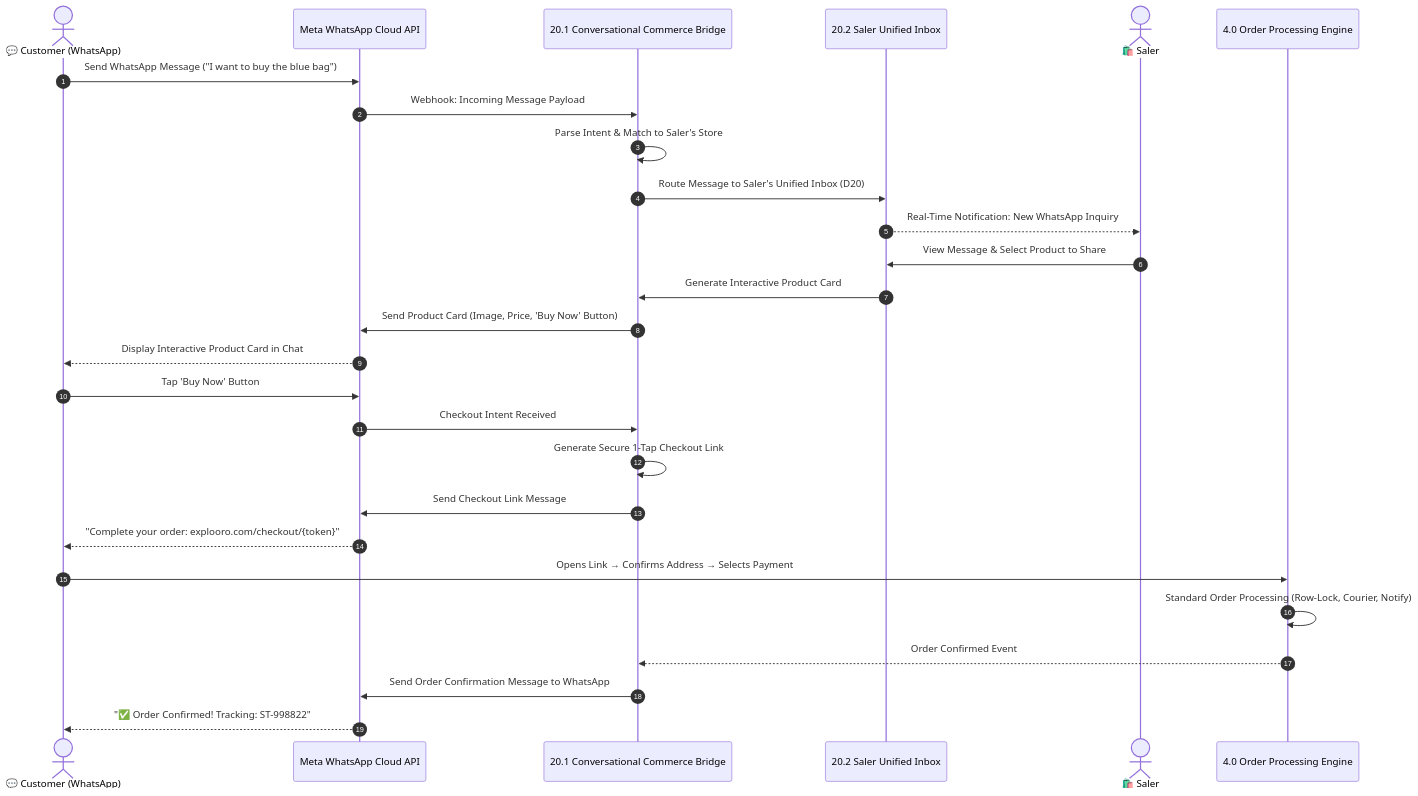
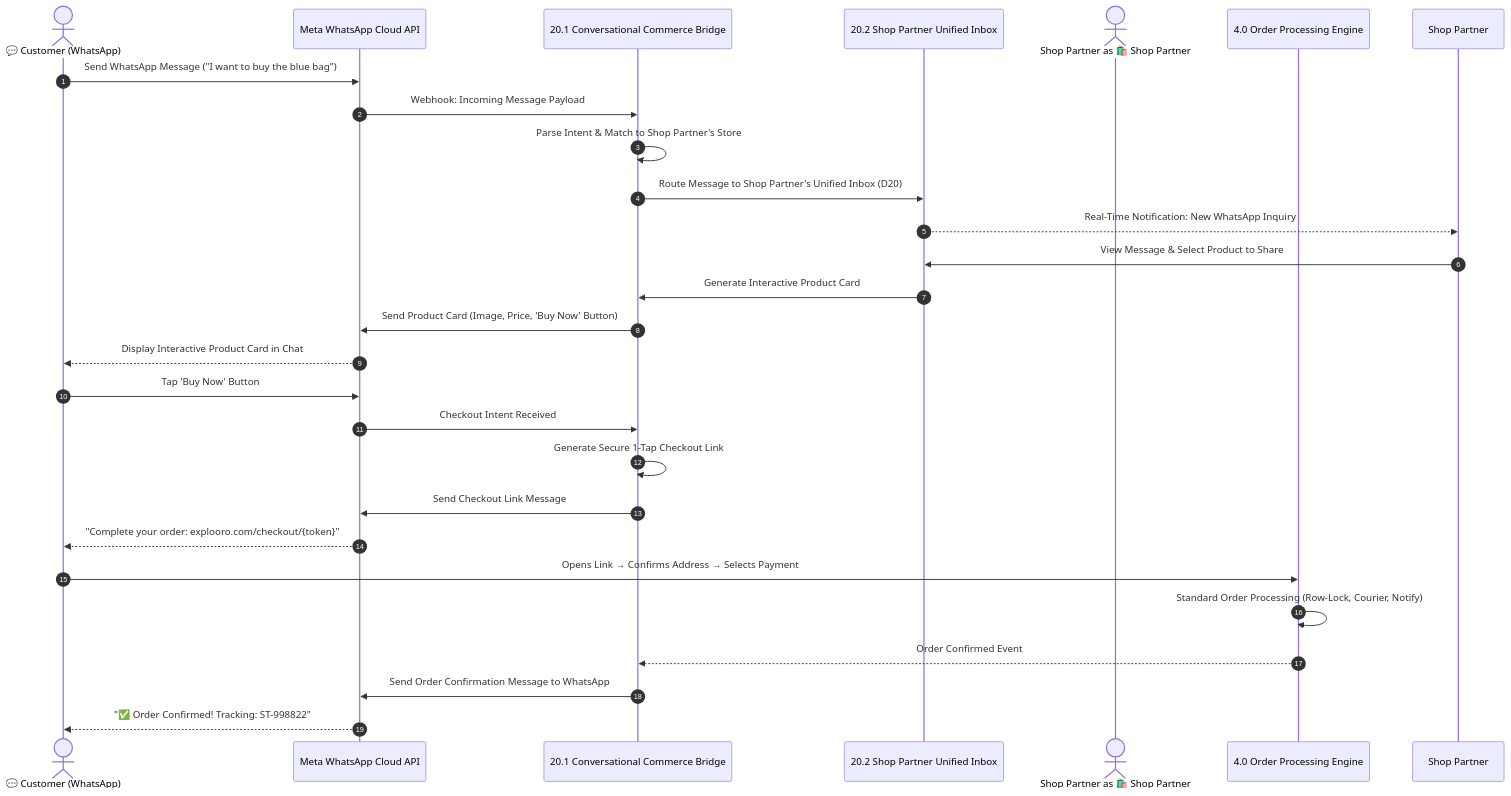
Diagram 18 of 18 in docs/DFD.md (ashrafulta2/Explooro), drawn with Mermaid before and after one commit. The commit also changed other lines of this file and 325 other files, not shown here.

First line of the commit message:
refactor: rename "Saler" and "Seller" to "Shop Partner" in all display text

````diff
--- a/docs/DFD.md
+++ b/docs/DFD.md
@@ -715,33 +715,33 @@
 ```mermaid
 sequenceDiagram
     autonumber
     actor BuyerWA as 💬 Customer (WhatsApp)
     participant MetaAPI as Meta WhatsApp Cloud API
     participant Bridge as 20.1 Conversational Commerce Bridge
-    participant Inbox as 20.2 Saler Unified Inbox
-    actor Saler as 🛍️ Saler
+    participant Inbox as 20.2 Shop Partner Unified Inbox
+    actor Shop Partner as 🛍️ Shop Partner
     participant OrderEngine as 4.0 Order Processing Engine
 
     BuyerWA->>MetaAPI: Send WhatsApp Message ("I want to buy the blue bag")
     MetaAPI->>Bridge: Webhook: Incoming Message Payload
-    Bridge->>Bridge: Parse Intent & Match to Saler's Store
-    Bridge->>Inbox: Route Message to Saler's Unified Inbox (D20)
-    Inbox-->>Saler: Real-Time Notification: New WhatsApp Inquiry
+    Bridge->>Bridge: Parse Intent & Match to Shop Partner's Store
+    Bridge->>Inbox: Route Message to Shop Partner's Unified Inbox (D20)
+    Inbox-->>Shop Partner: Real-Time Notification: New WhatsApp Inquiry
 
-    Saler->>Inbox: View Message & Select Product to Share
+    Shop Partner->>Inbox: View Message & Select Product to Share
     Inbox->>Bridge: Generate Interactive Product Card
     Bridge->>MetaAPI: Send Product Card (Image, Price, 'Buy Now' Button)
     MetaAPI-->>BuyerWA: Display Interactive Product Card in Chat
 
     BuyerWA->>MetaAPI: Tap 'Buy Now' Button
     MetaAPI->>Bridge: Checkout Intent Received
     Bridge->>Bridge: Generate Secure 1-Tap Checkout Link
     Bridge->>MetaAPI: Send Checkout Link Message
     MetaAPI-->>BuyerWA: "Complete your order: explooro.com/checkout/{token}"
 
     BuyerWA->>OrderEngine: Opens Link → Confirms Address → Selects Payment
     OrderEngine->>OrderEngine: Standard Order Processing (Row-Lock, Courier, Notify)
     OrderEngine-->>Bridge: Order Confirmed Event
     Bridge->>MetaAPI: Send Order Confirmation Message to WhatsApp
     MetaAPI-->>BuyerWA: "✅ Order Confirmed! Tracking: ST-998822"
 ```
````
